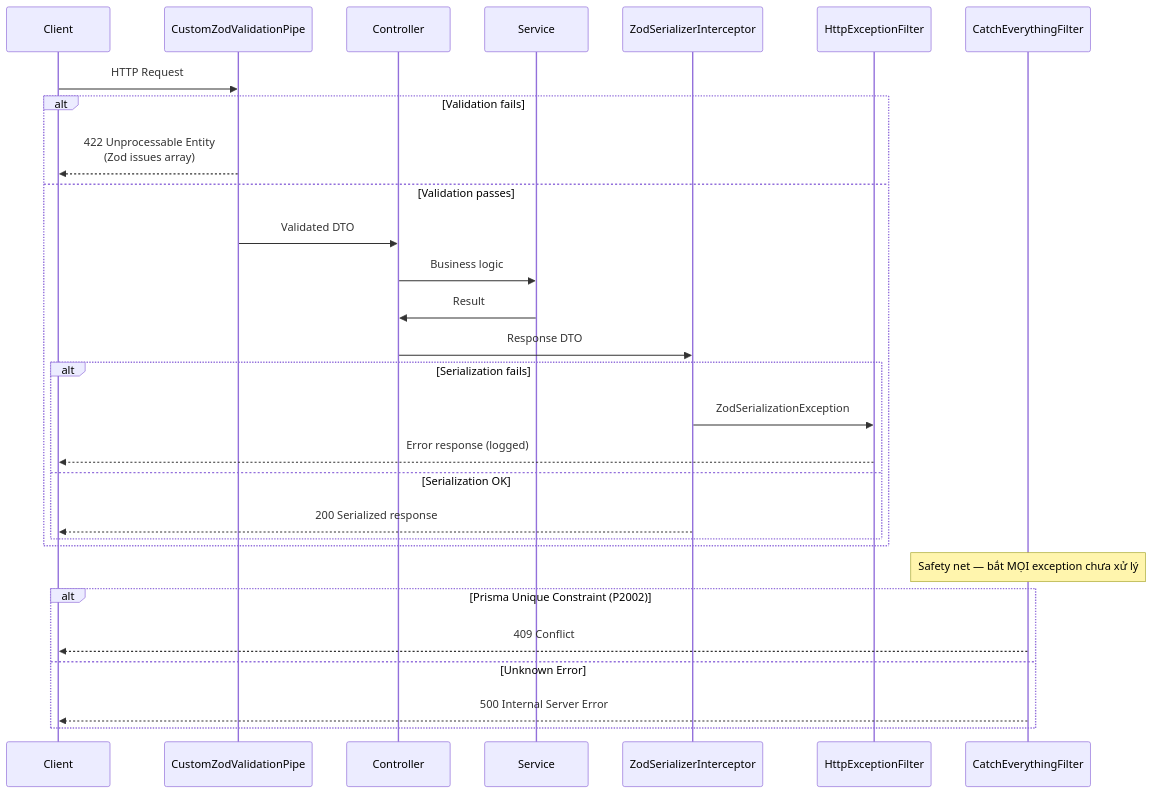
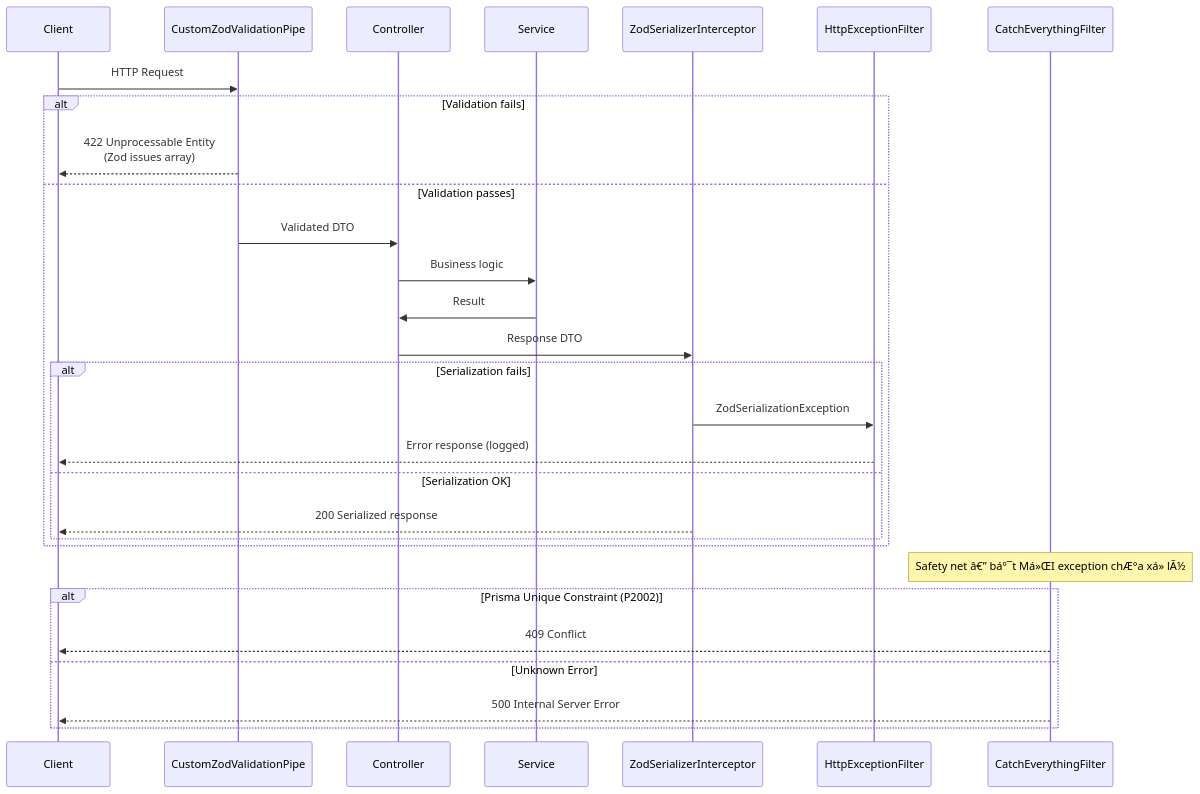
Before and after one commit to WDP301-SU26-GR2/BE-dev: the second of 3 diagrams in ARCHITECTURE.md, drawn with Mermaid. The commit also changed other lines of this file and 45 other files, not shown here.

Commit message:
efactor architecture src code

````diff
--- a/ARCHITECTURE.md
+++ b/ARCHITECTURE.md
@@ -136,36 +131,36 @@
 ```mermaid
 sequenceDiagram
     participant Client
     participant Pipe as CustomZodValidationPipe
     participant Controller
     participant Service
     participant Interceptor as ZodSerializerInterceptor
     participant FilterHTTP as HttpExceptionFilter
     participant FilterAll as CatchEverythingFilter
 
     Client->>Pipe: HTTP Request
     
     alt Validation fails
         Pipe-->>Client: 422 Unprocessable Entity<br/>(Zod issues array)
     else Validation passes
         Pipe->>Controller: Validated DTO
         Controller->>Service: Business logic
         Service->>Controller: Result
         Controller->>Interceptor: Response DTO
         
         alt Serialization fails
             Interceptor->>FilterHTTP: ZodSerializationException
             FilterHTTP-->>Client: Error response (logged)
         else Serialization OK
             Interceptor-->>Client: 200 Serialized response
         end
     end
     
-    Note over FilterAll: Safety net — bắt MỌI exception chưa xử lý
+    Note over FilterAll: Safety net â€” báº¯t Má»ŒI exception chÆ°a xá»­ lÃ½
     
     alt Prisma Unique Constraint (P2002)
         FilterAll-->>Client: 409 Conflict
     else Unknown Error
         FilterAll-->>Client: 500 Internal Server Error
     end
 ```
````
